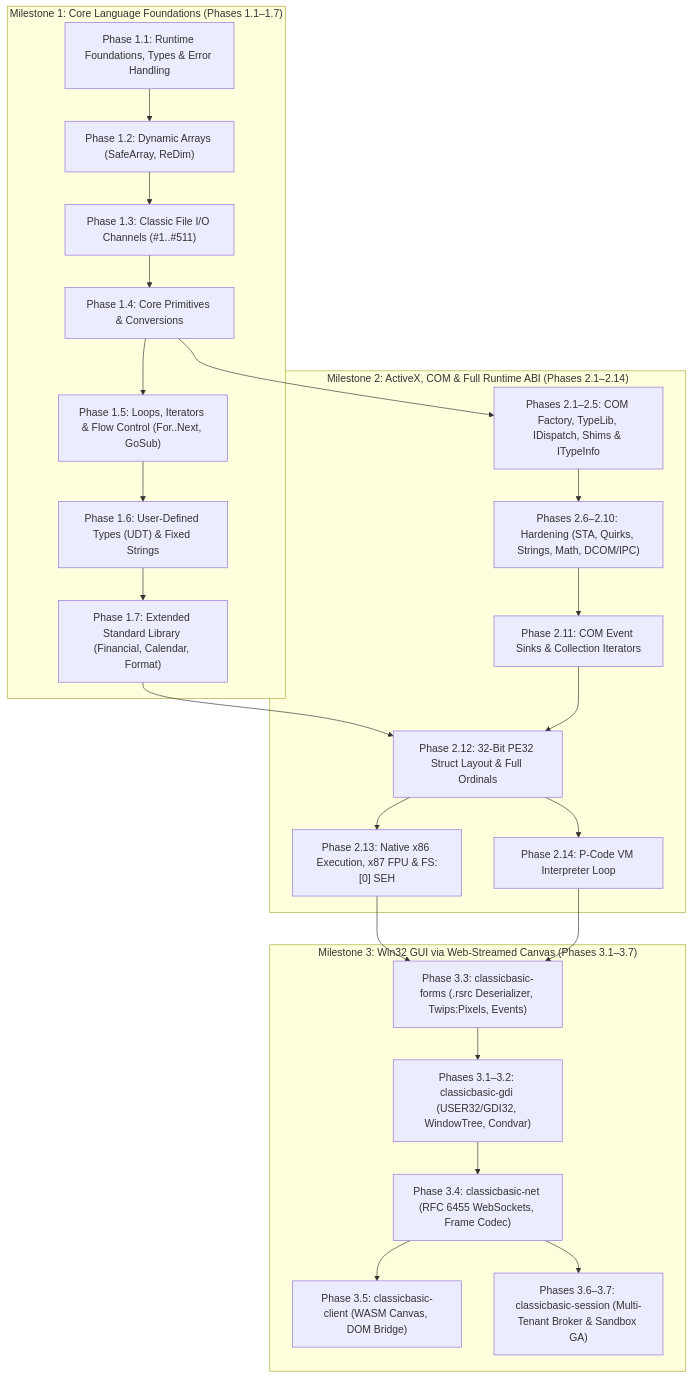
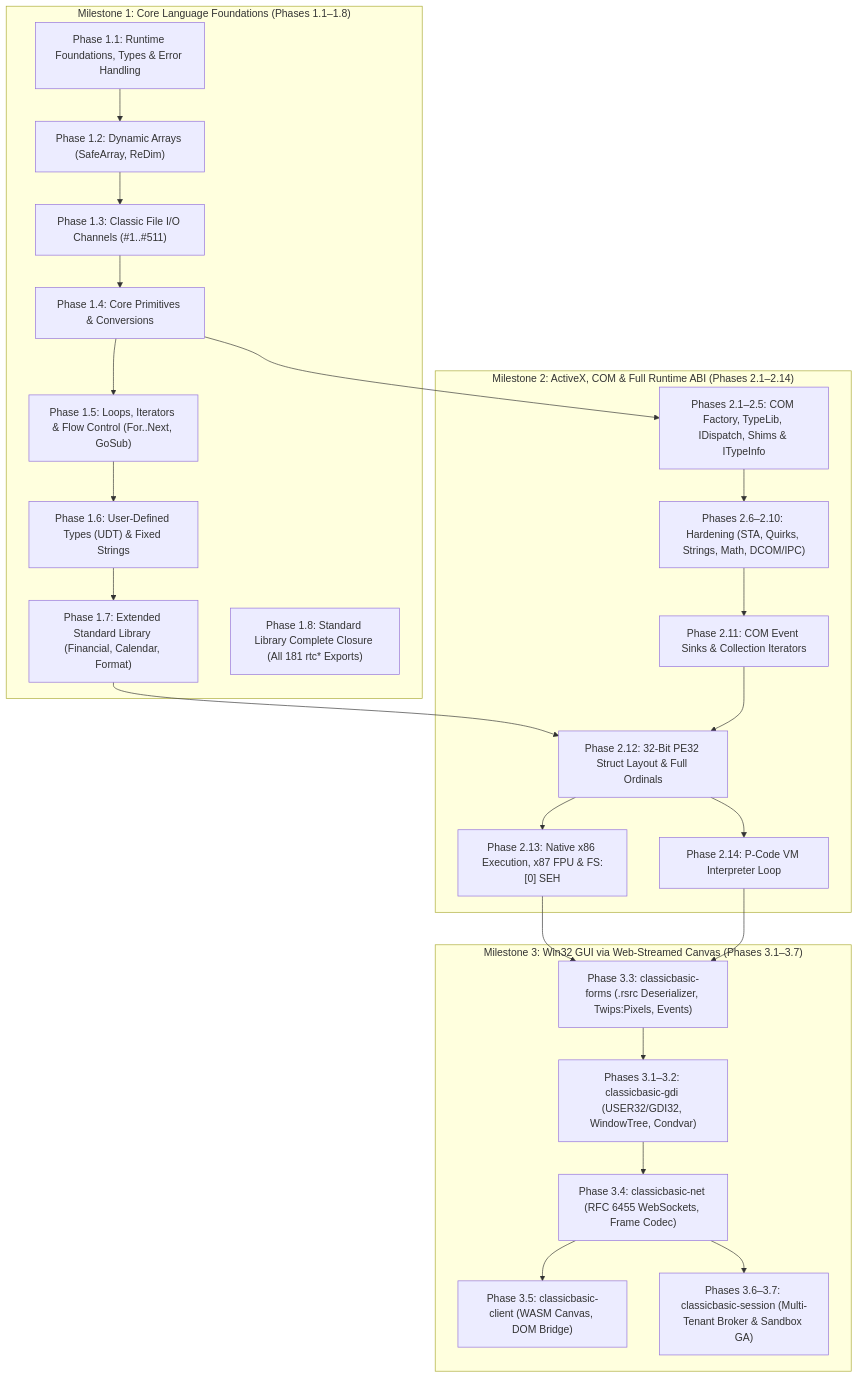
One commit to victoria-devs/classicbasic changed the diagram in ROADMAP.md. Above: the diagram before and after it, drawn with Mermaid. The commit also changed other lines of this file and 16 other files, not shown here.

First line of the commit message:
docs(roadmap): document Phase 1.8 and align Milestone 1 versions to Major.Milestone.Iteration

````diff
--- a/ROADMAP.md
+++ b/ROADMAP.md
@@ -90,49 +91,50 @@
 ```mermaid
 flowchart TD
-    subgraph Milestone1["Milestone 1: Core Language Foundations (Phases 1.1–1.7)"]
+    subgraph Milestone1["Milestone 1: Core Language Foundations (Phases 1.1–1.8)"]
         M1_P1["Phase 1.1: Runtime Foundations, Types & Error Handling"]
         M1_P2["Phase 1.2: Dynamic Arrays (SafeArray, ReDim)"]
         M1_P3["Phase 1.3: Classic File I/O Channels (#1..#511)"]
         M1_P4["Phase 1.4: Core Primitives & Conversions"]
         M1_P5["Phase 1.5: Loops, Iterators & Flow Control (For..Next, GoSub)"]
         M1_P6["Phase 1.6: User-Defined Types (UDT) & Fixed Strings"]
         M1_P7["Phase 1.7: Extended Standard Library (Financial, Calendar, Format)"]
+        M1_P8["Phase 1.8: Standard Library Complete Closure (All 181 rtc* Exports)"]
     end
 
     subgraph Milestone2["Milestone 2: ActiveX, COM & Full Runtime ABI (Phases 2.1–2.14)"]
         M2_P1["Phases 2.1–2.5: COM Factory, TypeLib, IDispatch, Shims & ITypeInfo"]
         M2_P6["Phases 2.6–2.10: Hardening (STA, Quirks, Strings, Math, DCOM/IPC)"]
         M2_P11["Phase 2.11: COM Event Sinks & Collection Iterators"]
         M2_P12["Phase 2.12: 32-Bit PE32 Struct Layout & Full Ordinals"]
         M2_P13["Phase 2.13: Native x86 Execution, x87 FPU & FS:[0] SEH"]
         M2_P14["Phase 2.14: P-Code VM Interpreter Loop"]
     end
 
     subgraph Milestone3["Milestone 3: Win32 GUI via Web-Streamed Canvas (Phases 3.1–3.7)"]
         M3_GDI["Phases 3.1–3.2: classicbasic-gdi (USER32/GDI32, WindowTree, Condvar)"]
         M3_Forms["Phase 3.3: classicbasic-forms (.rsrc Deserializer, Twips:Pixels, Events)"]
         M3_Net["Phase 3.4: classicbasic-net (RFC 6455 WebSockets, Frame Codec)"]
         M3_Client["Phase 3.5: classicbasic-client (WASM Canvas, DOM Bridge)"]
         M3_Broker["Phases 3.6–3.7: classicbasic-session (Multi-Tenant Broker & Sandbox GA)"]
     end
 
     M1_P1 --> M1_P2
     M1_P2 --> M1_P3
     M1_P3 --> M1_P4
     M1_P4 --> M1_P5
     M1_P5 --> M1_P6
     M1_P6 --> M1_P7
     M1_P4 --> M2_P1
     M2_P1 --> M2_P6
     M2_P6 --> M2_P11
     M1_P7 --> M2_P12
     M2_P11 --> M2_P12
     M2_P12 --> M2_P13
     M2_P12 --> M2_P14
     M2_P13 --> M3_Forms
     M2_P14 --> M3_Forms
     M3_Forms --> M3_GDI
     M3_GDI --> M3_Net
     M3_Net --> M3_Client
     M3_Net --> M3_Broker
 ```
````
